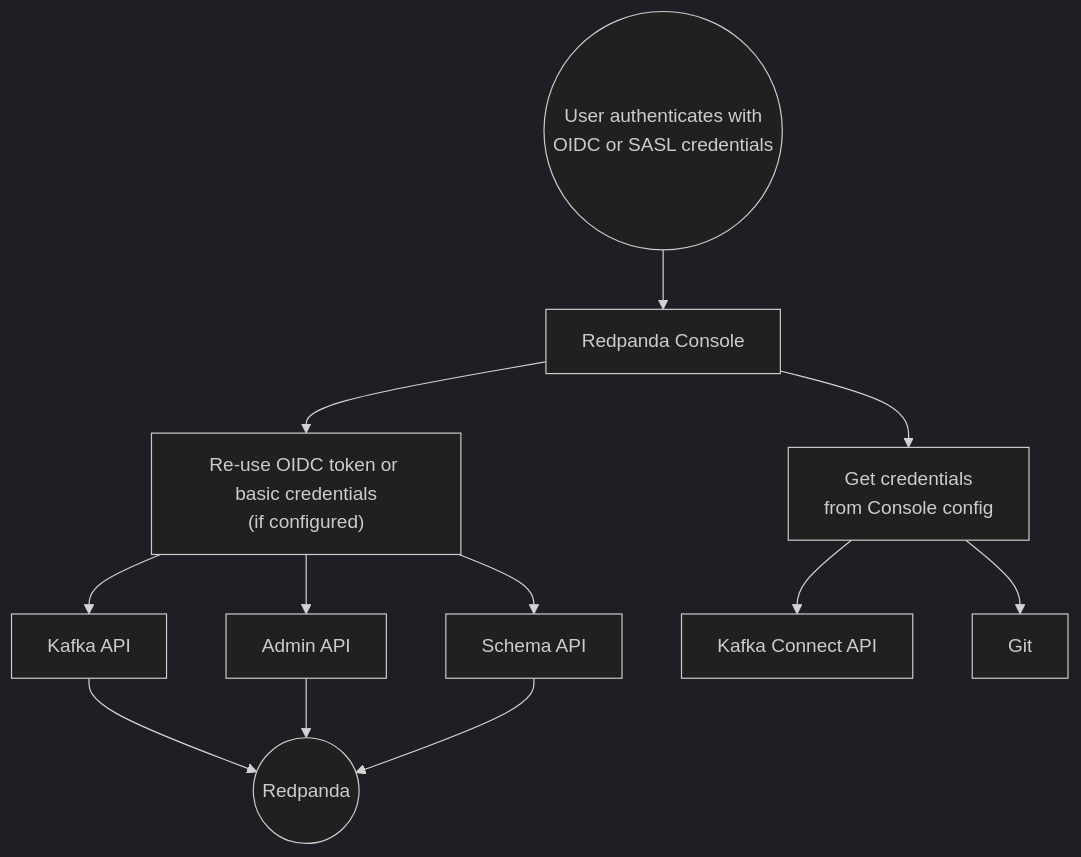
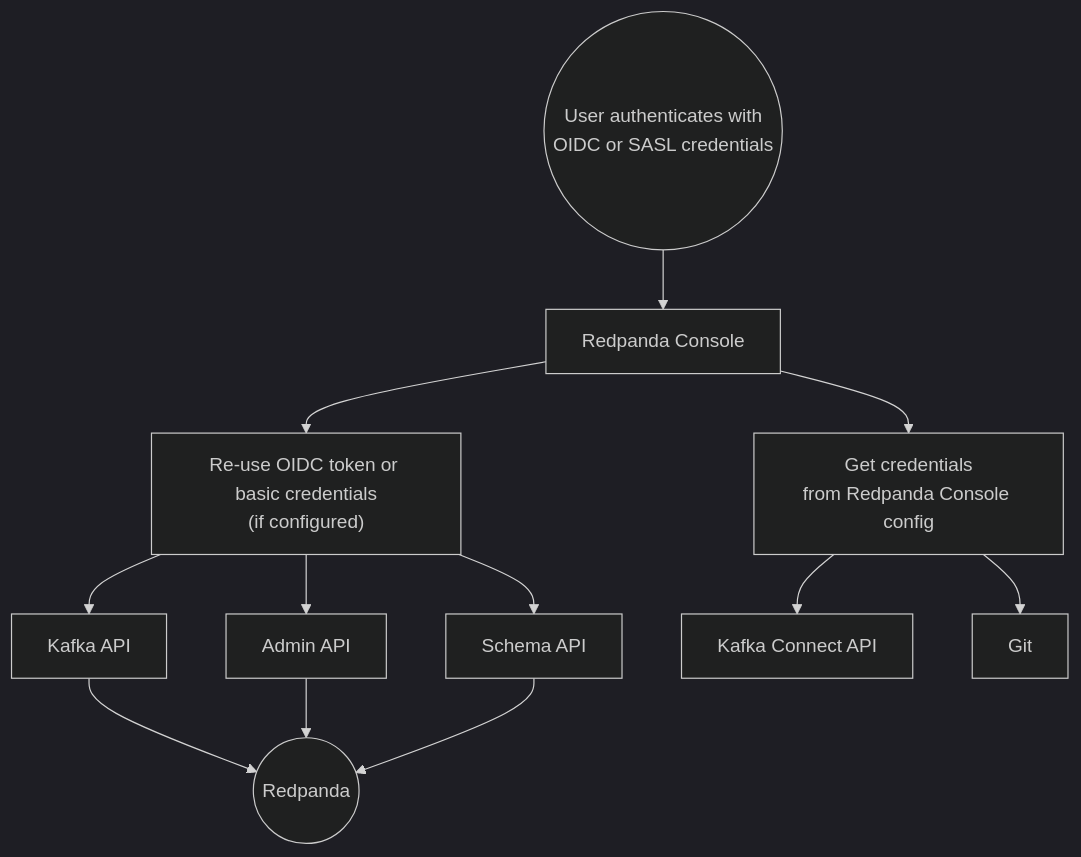
One commit to redpanda-data/docs changed the diagram in modules/console/pages/config/security/authentication.adoc. Above: the diagram before and after it, drawn with Mermaid (dark theme). The commit also changed other lines of this file and 89 other files, not shown here.

```diff
--- a/modules/console/pages/config/security/authentication.adoc
+++ b/modules/console/pages/config/security/authentication.adoc
@@ -52,16 +52,16 @@
 [mermaid,width=450px]
 ....
 flowchart TD
     A((User authenticates with<br/>OIDC or SASL credentials)) --> B[Redpanda Console]
 
     B --> C["Re-use OIDC token or basic credentials<br/>(if configured)"]
-    B --> D[Get credentials<br/>from Console config]
+    B --> D[Get credentials<br/>from Redpanda Console config]
 
     C --> E[Kafka API]
     C --> F[Admin API]
     C --> G[Schema API]
     E & F & G --> H((Redpanda))
 
     D --> J[Kafka Connect API]
     D --> L[Git]
 ....
```
